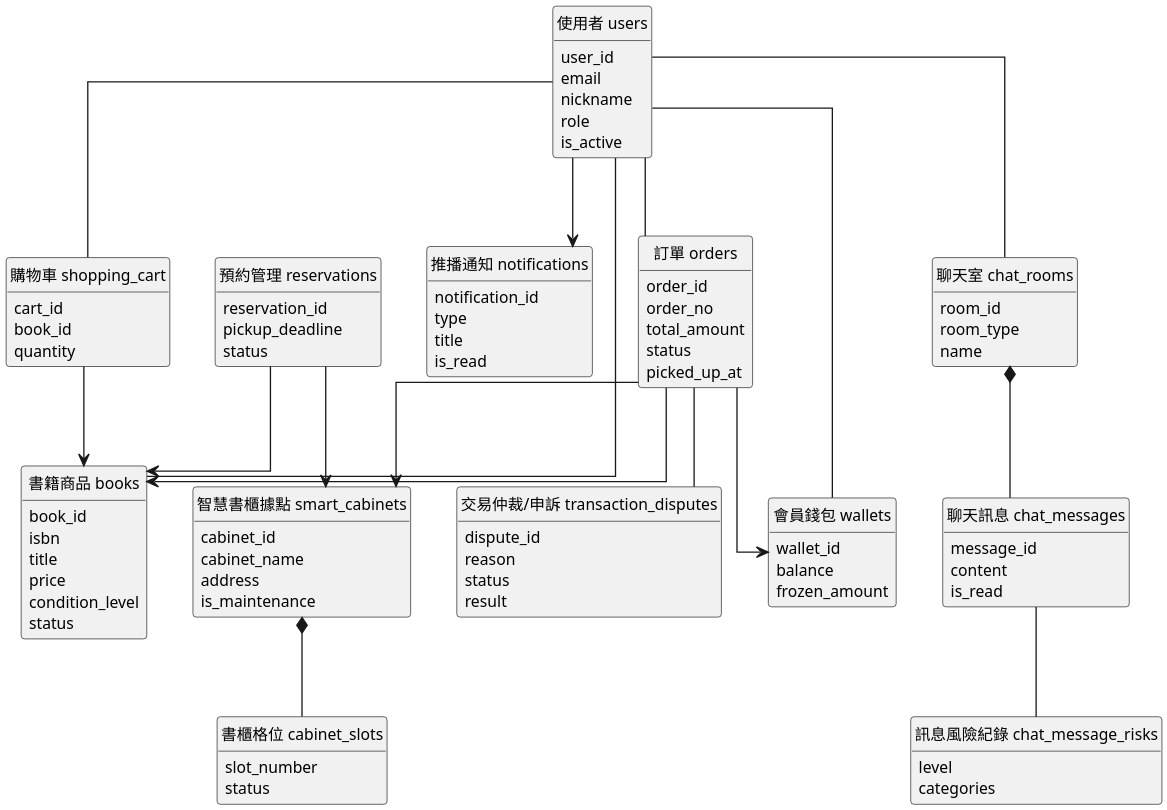
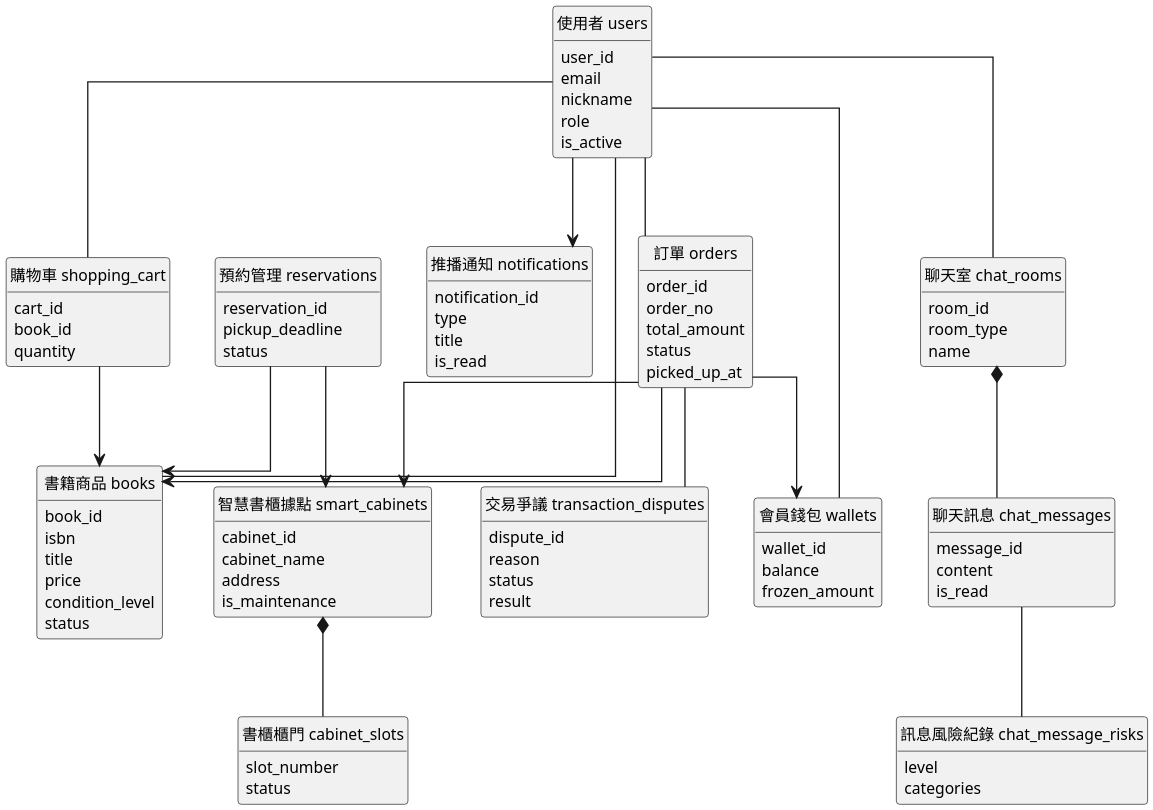
The diagram in Diagrams/Analysis Class Diagram/v3/analysis_class.puml (SaveMyBook/SaveMyBook), drawn with PlantUML before and after one commit. The commit also changed 561 other files, not shown here.

```diff
--- a/Diagrams/Analysis Class Diagram/v3/analysis_class.puml
+++ b/Diagrams/Analysis Class Diagram/v3/analysis_class.puml
@@ -1,102 +1,102 @@
 @startuml
 skinparam monochrome true
 skinparam shadowing false
 skinparam dpi 220
 skinparam defaultFontName "PingFang TC"
 skinparam defaultFontSize 12
 skinparam classAttributeIconSize 0
 skinparam linetype ortho
 hide circle
 hide empty methods
 
 class "使用者 users" as users {
   user_id
   email
   nickname
   role
   is_active
 }
 class "會員錢包 wallets" as wallets {
   wallet_id
   balance
   frozen_amount
 }
 class "書籍商品 books" as books {
   book_id
   isbn
   title
   price
   condition_level
   status
 }
 class "購物車 shopping_cart" as cart {
   cart_id
   book_id
   quantity
 }
 class "訂單 orders" as orders {
   order_id
   order_no
   total_amount
   status
   picked_up_at
 }
-class "交易仲裁/申訴 transaction_disputes" as disputes {
+class "交易爭議 transaction_disputes" as disputes {
   dispute_id
   reason
   status
   result
 }
 class "預約管理 reservations" as reservations {
   reservation_id
   pickup_deadline
   status
 }
 class "智慧書櫃據點 smart_cabinets" as cabinets {
   cabinet_id
   cabinet_name
   address
   is_maintenance
 }
-class "書櫃格位 cabinet_slots" as slots {
+class "書櫃櫃門 cabinet_slots" as slots {
   slot_number
   status
 }
 class "聊天室 chat_rooms" as rooms {
   room_id
   room_type
   name
 }
 class "聊天訊息 chat_messages" as messages {
   message_id
   content
   is_read
 }
 class "訊息風險紀錄 chat_message_risks" as risks {
   level
   categories
 }
 class "推播通知 notifications" as notifications {
   notification_id
   type
   title
   is_read
 }
 
 users -- wallets
 users -- cart
 cart --> books
 users -- books
 users -- orders
 orders --> books
 orders --> wallets
 orders -- disputes
 reservations --> books
 reservations --> cabinets
 cabinets *-- slots
 orders --> cabinets
 users -- rooms
 rooms *-- messages
 messages -- risks
 users --> notifications
 @enduml
```
